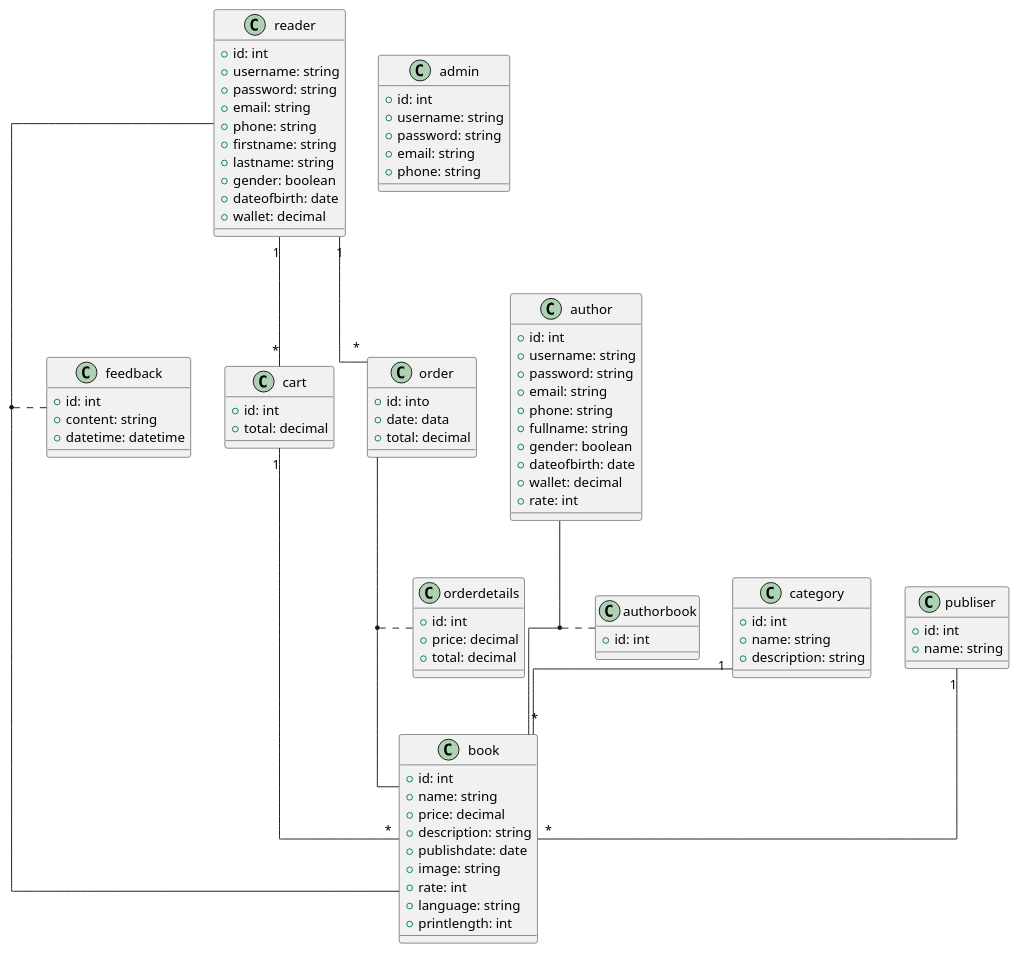
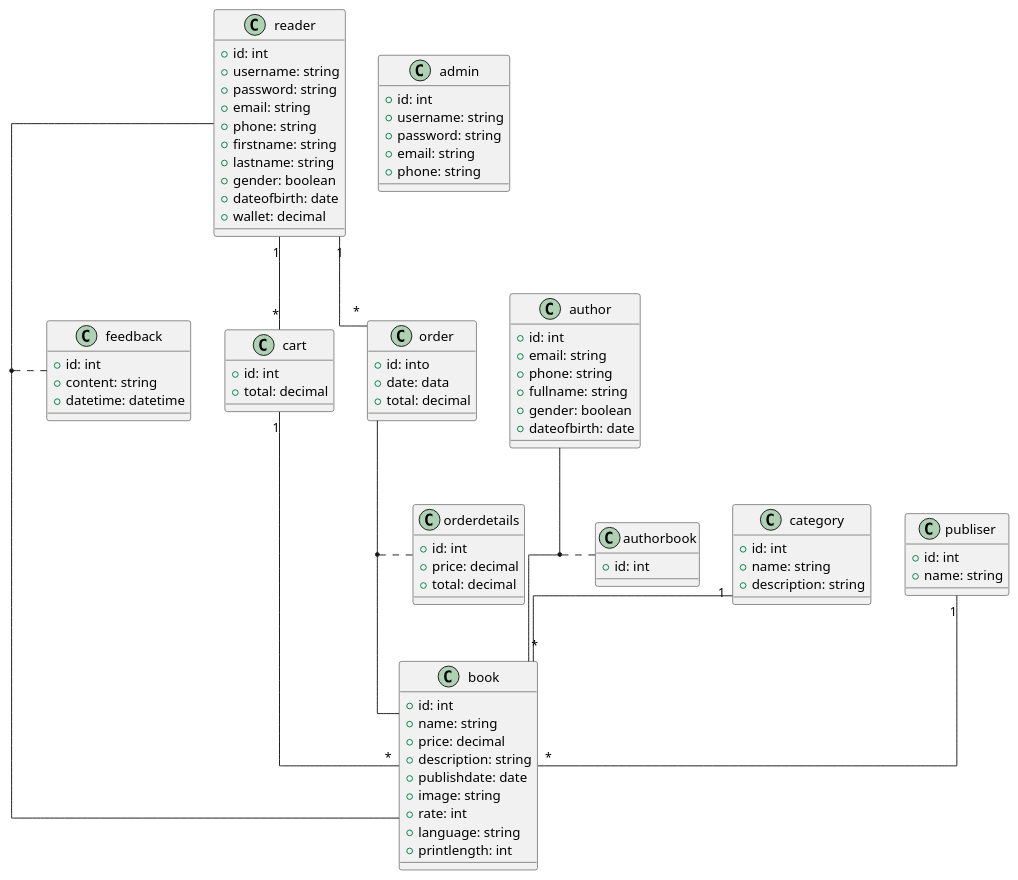
Before and after one commit to ngquocthong/projectweb_bookshop: the diagram in diagrams/projectweb.plantuml, drawn with PlantUML. The commit also changed 6 other files, not shown here.

Commit message:
edit all author and diagram

```diff
--- a/diagrams/projectweb.plantuml
+++ b/diagrams/projectweb.plantuml
@@ -1,99 +1,95 @@
 @startuml
 skinparam linetype ortho
 
 class admin{
     + id: int
     + username: string
     + password: string
     + email: string
     + phone: string
 }
 
 class reader{
     + id: int
     + username: string
     + password: string
     + email: string
     + phone: string
     + firstname: string
     + lastname: string
     + gender: boolean
     + dateofbirth: date
     + wallet: decimal
 }
 
 class category{
     + id: int
     + name: string
     + description: string
 }
 
 class publiser{
     + id: int
     + name: string
 }
 
 class book{
     + id: int
     + name: string
     + price: decimal
     + description: string
     + publishdate: date
     + image: string
     + rate: int
     + language: string
     + printlength: int
 }
 
 class cart{
     + id: int
     + total: decimal
 }
 
 class feedback{
     + id: int
     + content: string
     + datetime: datetime
 }
 
 class order{
     + id: into
     + date: data
     + total: decimal
 }
 
 class orderdetails{
     + id: int
     + price: decimal
     + total: decimal
 }
 
 class author{
     + id: int
-    + username: string
-    + password: string
     + email: string
     + phone: string
     + fullname: string
     + gender: boolean
     + dateofbirth: date
-    + wallet: decimal
-    + rate: int
 }
 
 class authorbook{
     + id: int
 }
 
 reader "1" -- "*" cart
 cart "1" -- "*" book
 reader "1" -- "*" order
 category "1" -- "*" book
 publiser "1" -- "*" book
 
 
 (reader,book) .. feedback
 (order,book) .. orderdetails
 (author,book) .. authorbook
 
 @enduml
```
